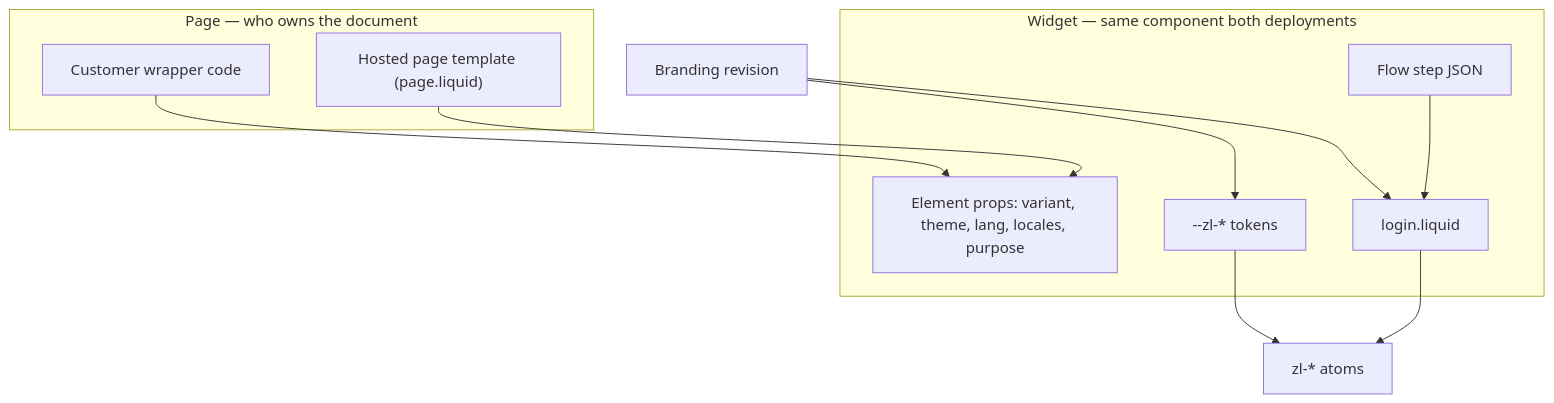
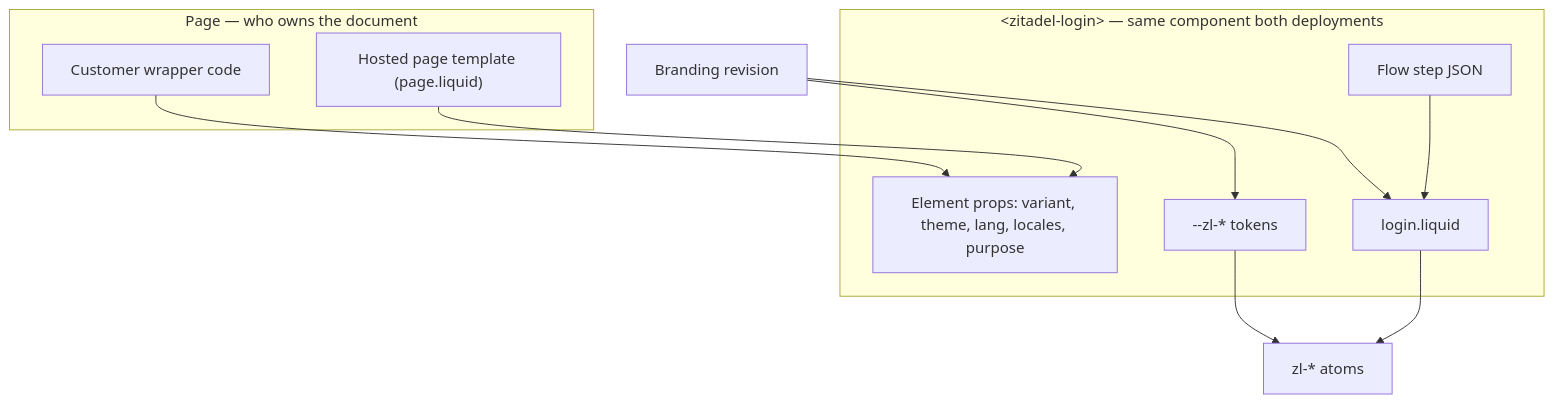
One commit to zitadel/nextgen changed the fourth of 5 diagrams in docs/design/branding/customization-strategy.md. Above: the diagram before and after it, drawn with Mermaid. The commit also changed other lines of this file, not shown here.

First line of the commit message:
docs: show zitadel-login labels on customization graphs

````diff
--- a/docs/design/branding/customization-strategy.md
+++ b/docs/design/branding/customization-strategy.md
@@ -394,21 +394,21 @@
 ```mermaid
 flowchart TB
   subgraph page [Page — who owns the document]
     EmbWrap[Customer wrapper code]
     HostWrap["Hosted page template (page.liquid)"]
   end
-  subgraph widget [Widget — same component both deployments]
+  subgraph widget ["#lt;zitadel-login#gt; — same component both deployments"]
     Props["Element props: variant, theme, lang, locales, purpose"]
     Tokens["--zl-* tokens"]
     Liquid[login.liquid]
     Flow[Flow step JSON]
   end
   EmbWrap --> Props
   HostWrap --> Props
   Branding[Branding revision]
   Branding --> Tokens
   Branding --> Liquid
   Flow --> Liquid
   Liquid --> Atoms["zl-* atoms"]
   Tokens --> Atoms
 ```
````
